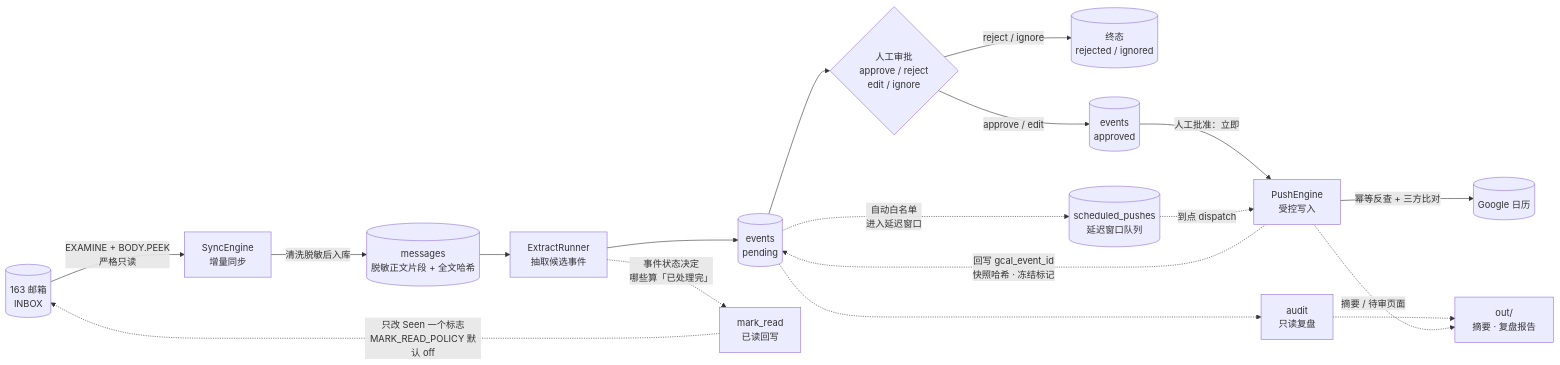
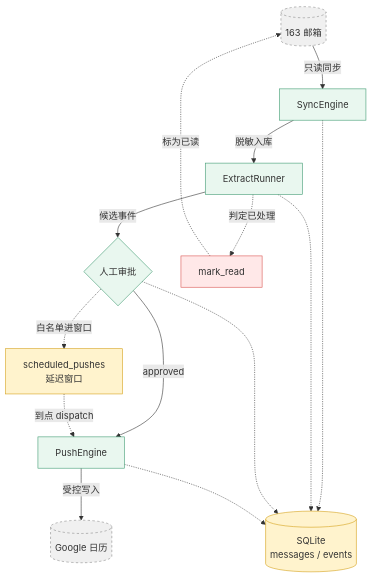
Before and after one commit to GoingFall/auto-mail: the second of 7 diagrams in README.md, drawn with Mermaid. The commit also changed other lines of this file, not shown here.

First line of the commit message:
README: 按 mermaid-readability 规则重做全部图表

````diff
--- a/README.md
+++ b/README.md
@@ -152,36 +159,34 @@
 ```mermaid
-flowchart LR
-    MAIL[("163 邮箱<br/>INBOX")]
+flowchart TB
+    MAIL[("163 邮箱")]
+    SYNC["SyncEngine"]
+    EXT["ExtractRunner"]
+    REVQ{"人工审批"}
+    PUSH["PushEngine"]
+    CAL[("Google 日历")]
+    DB[("SQLite<br/>messages / events")]
+    SCHED["scheduled_pushes<br/>延迟窗口"]
+    MR["mark_read"]
 
-    SYNC["SyncEngine<br/>增量同步"]
-    MSG[("messages<br/>脱敏正文片段 + 全文哈希")]
-    EXT["ExtractRunner<br/>抽取候选事件"]
-    EV[("events<br/>pending")]
-    REVQ{"人工审批<br/>approve / reject<br/>edit / ignore"}
-    TERM[("终态<br/>rejected / ignored")]
-    APPROVED[("events<br/>approved")]
-    SCHED[("scheduled_pushes<br/>延迟窗口队列")]
-    PUSH["PushEngine<br/>受控写入"]
-    CAL[("Google 日历")]
+    MAIL -->|"只读同步"| SYNC
+    SYNC -->|"脱敏入库"| EXT
+    EXT -->|"候选事件"| REVQ
+    REVQ -->|"approved"| PUSH
+    PUSH -->|"受控写入"| CAL
 
-    MR["mark_read<br/>已读回写"]
-    OUT["out/<br/>摘要 · 复盘报告"]
-    AUD["audit<br/>只读复盘"]
+    REVQ -.->|"白名单进窗口"| SCHED
+    SCHED -.->|"到点 dispatch"| PUSH
+    EXT -.->|"判定已处理"| MR
+    MR -.->|"标为已读"| MAIL
 
-    MAIL -->|"EXAMINE + BODY.PEEK<br/>严格只读"| SYNC
-    SYNC -->|"清洗脱敏后入库"| MSG
-    MSG --> EXT --> EV
-    EV --> REVQ
-    REVQ -->|"approve / edit"| APPROVED
-    REVQ -->|"reject / ignore"| TERM
-    APPROVED -->|"人工批准：立即"| PUSH
-    EV -.->|"自动白名单<br/>进入延迟窗口"| SCHED
-    SCHED -.->|"到点 dispatch"| PUSH
-    PUSH -->|"幂等反查 + 三方比对"| CAL
-    PUSH -.->|"回写 gcal_event_id<br/>快照哈希 · 冻结标记"| EV
-    EV -.-> AUD
-    AUD -.-> OUT
-    PUSH -.->|"摘要 / 待审页面"| OUT
-    EXT -.->|"事件状态决定<br/>哪些算「已处理完」"| MR
-    MR -.->|"只改 Seen 一个标志<br/>MARK_READ_POLICY 默认 off"| MAIL
+    SYNC & EXT & REVQ & PUSH -.-> DB
+
+    classDef svc fill:#e9f7ef,stroke:#3d9970
+    classDef store fill:#fff3cd,stroke:#d4a017
+    classDef ext fill:#f0f0f0,stroke:#888,stroke-dasharray:4
+    classDef warn fill:#ffe8e8,stroke:#d9534f
+    class SYNC,EXT,PUSH,REVQ svc
+    class DB,SCHED store
+    class MAIL,CAL ext
+    class MR warn
 ```
````
